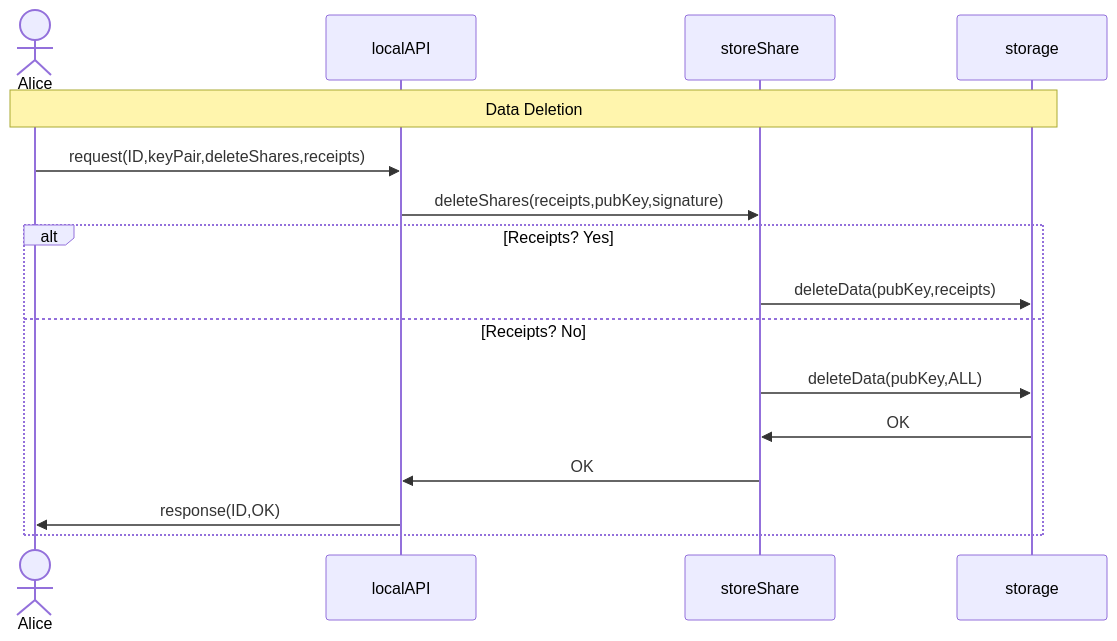
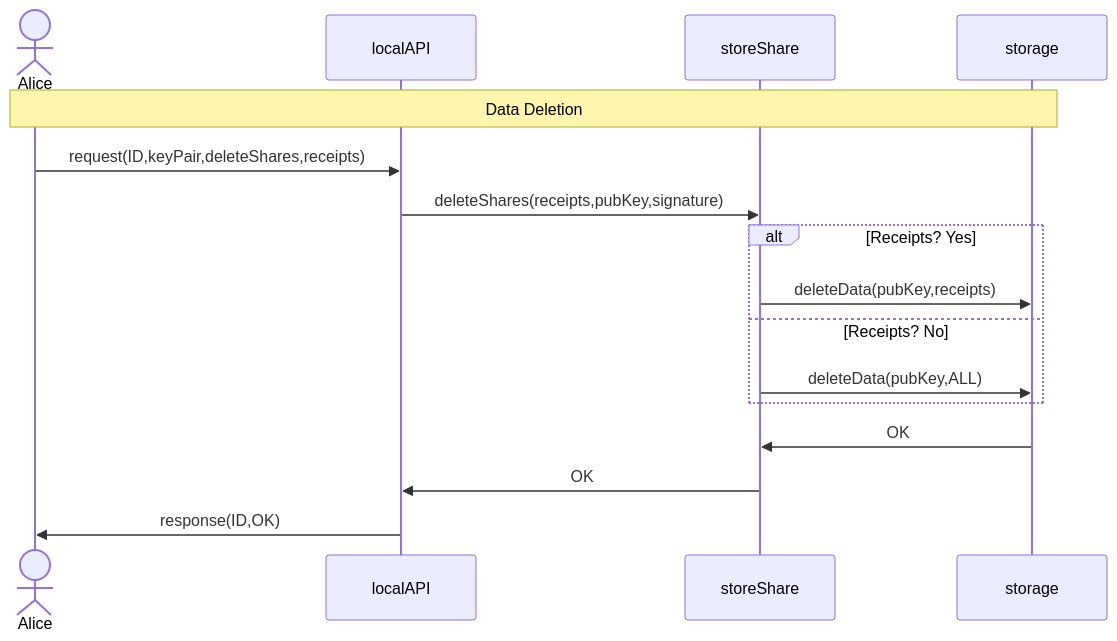
One commit to BlockchainCommons/Gordian changed the fourth of 5 diagrams in Docs/CSR-SequenceDiagram.md. Above: the diagram before and after it, drawn with Mermaid. The commit also changed other lines of this file, not shown here.

````diff
--- a/Docs/CSR-SequenceDiagram.md
+++ b/Docs/CSR-SequenceDiagram.md
@@ -103,19 +103,19 @@
 ```mermaid
 sequenceDiagram
 actor Alice
 participant localAPI
 participant storeShare
 participant storage
 
 Note over Alice,storage: Data Deletion
 Alice->>localAPI: request(ID,keyPair,deleteShares,receipts)
 localAPI->>storeShare: deleteShares(receipts,pubKey,signature)
 alt Receipts? Yes
 storeShare->>storage: deleteData(pubKey,receipts)
 else Receipts? No
 storeShare->>storage: deleteData(pubKey,ALL)
+end    
 storage->>storeShare: OK
 storeShare->>localAPI: OK
 localAPI->>Alice: response(ID,OK)
-end    
 ```
````
